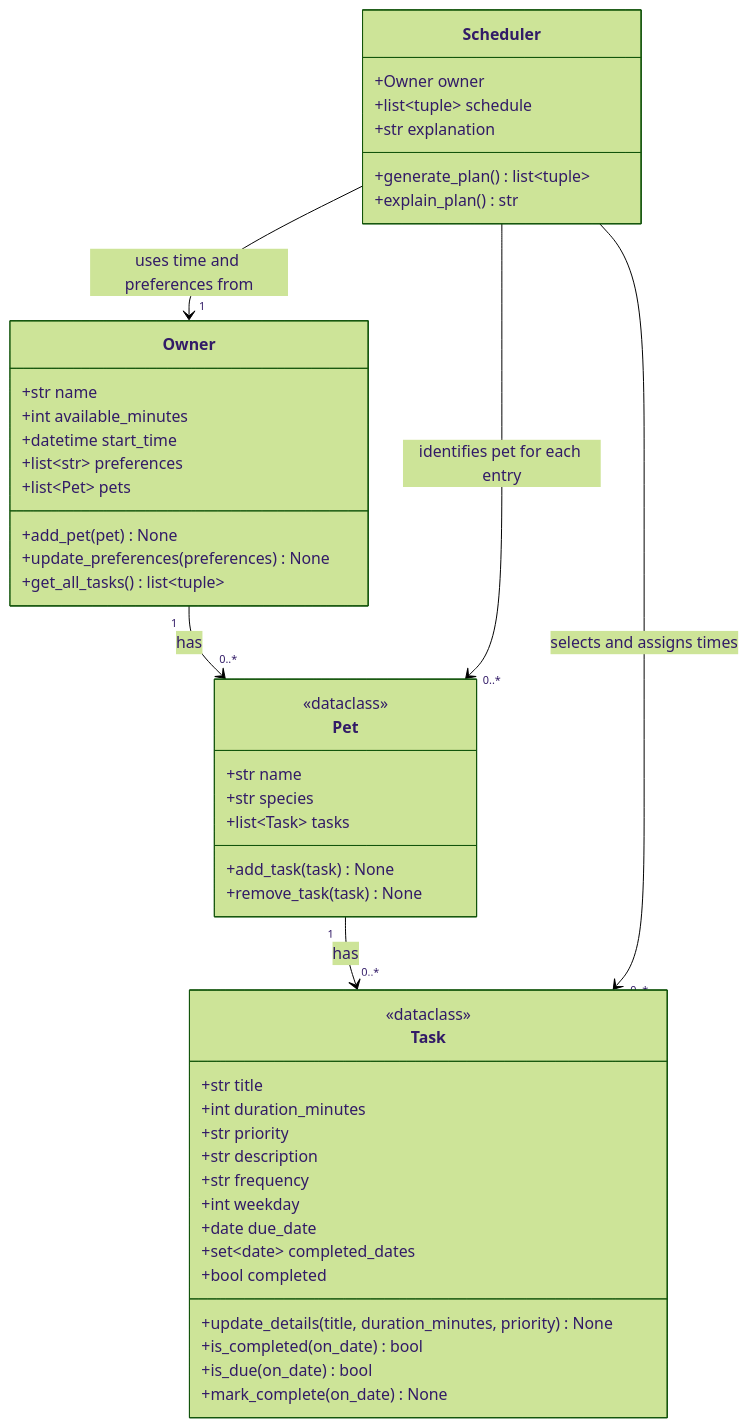
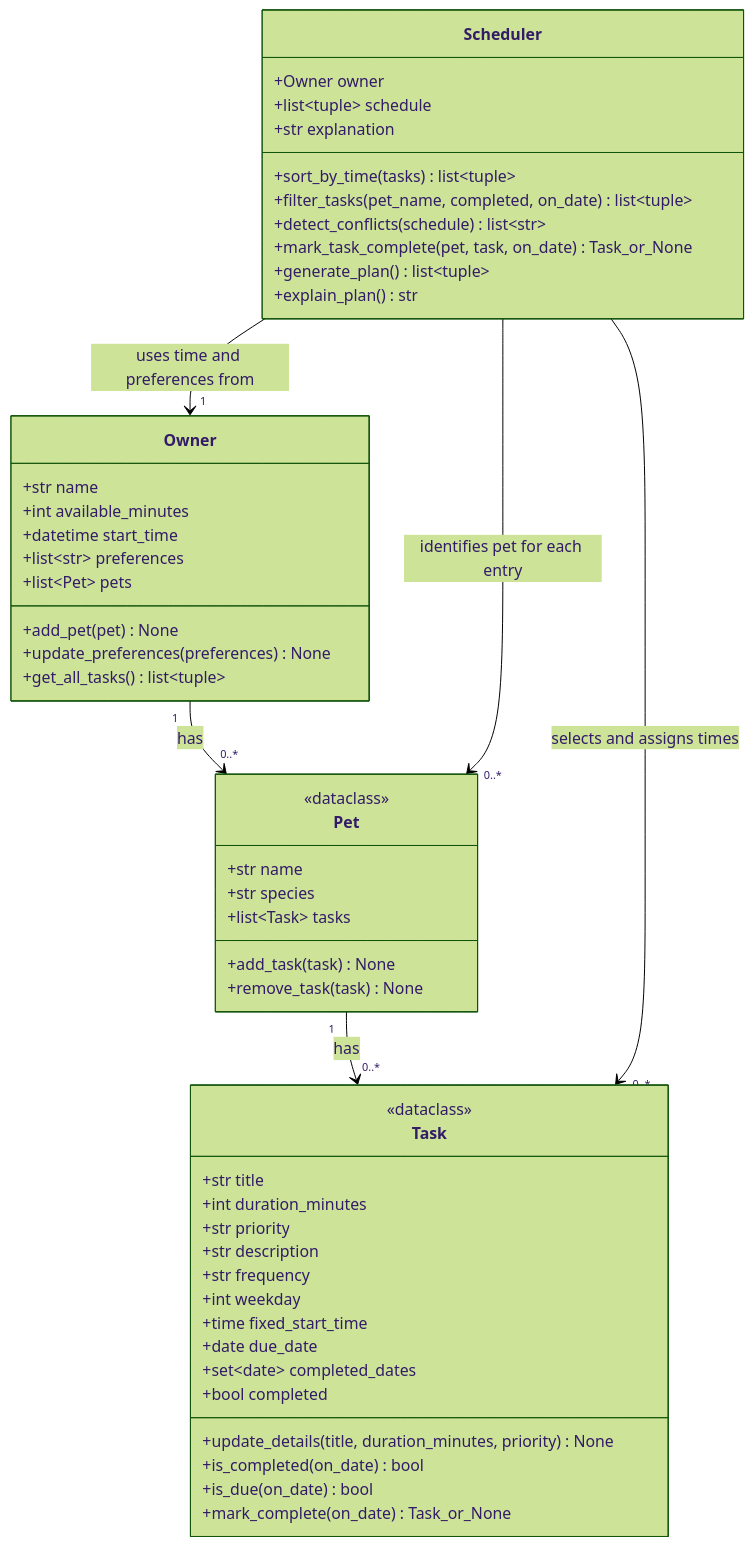
Before and after one commit to ecastilllo/ai110-module2show-pawpal-starter: the diagram in diagrams/uml.mmd, drawn with Mermaid (forest theme).

Commit message:
docs: finalize Phase 4 algorithms, tradeoffs, and demo evidence

```diff
--- a/diagrams/uml.mmd
+++ b/diagrams/uml.mmd
@@ -1,67 +1,71 @@
 classDiagram
     class Owner {
         +str name
         +int available_minutes
         +datetime start_time
         +list~str~ preferences
         +list~Pet~ pets
         +add_pet(pet) None
         +update_preferences(preferences) None
         +get_all_tasks() list~tuple~
     }
 
     class Pet {
         <<dataclass>>
         +str name
         +str species
         +list~Task~ tasks
         +add_task(task) None
         +remove_task(task) None
     }
 
     class Task {
         <<dataclass>>
         +str title
         +int duration_minutes
         +str priority
         +str description
         +str frequency
         +int weekday
+        +time fixed_start_time
         +date due_date
         +set~date~ completed_dates
         +bool completed
         +update_details(title, duration_minutes, priority) None
         +is_completed(on_date) bool
         +is_due(on_date) bool
-        +mark_complete(on_date) None
+        +mark_complete(on_date) Task_or_None
     }
 
     class Scheduler {
         +Owner owner
         +list~tuple~ schedule
         +str explanation
+        +sort_by_time(tasks) list~tuple~
+        +filter_tasks(pet_name, completed, on_date) list~tuple~
+        +detect_conflicts(schedule) list~str~
+        +mark_task_complete(pet, task, on_date) Task_or_None
         +generate_plan() list~tuple~
         +explain_plan() str
     }
 
     Owner "1" --> "0..*" Pet : has
     Pet "1" --> "0..*" Task : has
     Scheduler --> "1" Owner : uses time and preferences from
     Scheduler --> "0..*" Pet : identifies pet for each entry
     Scheduler --> "0..*" Task : selects and assigns times
 
     %% Duration and availability are measured in minutes.
     %% start_time includes the planning date and clock time (Python datetime).
     %% Priority is low, medium, or high.
     %% Preferences are preferred task titles used to break equal-priority ties.
     %% Each Task instance belongs to one Pet.
     %% Each schedule tuple is (pet, task, start_datetime, end_datetime).
-    %% The schedule contains consecutive, non-overlapping tasks within the time budget.
-    %% End time equals start time plus task duration; the next task starts there.
-    %% get_all_tasks returns (pet, task) pairs across the owner's pets.
-    %% Frequency is daily, weekly, or once; weekly uses weekday (Monday=0).
-    %% Only one-time tasks have due_date; unfinished overdue tasks remain due.
-    %% weekday and due_date are optional and depend on the frequency.
-    %% completed is a property for today's status (permanent for one-time tasks).
-    %% completed_dates tracks occurrences without hiding future recurring tasks.
-    %% All data is in memory; fixed appointment times and persistence are not implemented.
+    %% Fixed appointments are reserved first; flexible tasks fill remaining gaps.
+    %% Conflicting fixed appointments remain visible with warnings.
+    %% Each task is one occurrence with a due date and optional fixed clock time.
+    %% mark_complete returns a next occurrence for daily/weekly tasks, or None.
+    %% Scheduler.mark_task_complete attaches it to the pet without duplicates.
+    %% Next due date is completion date +1 day (daily) or +7 days (weekly).
+    %% completed reports this occurrence's status; is_completed checks as of a date.
+    %% All data is in memory; persistence is not implemented.
```
